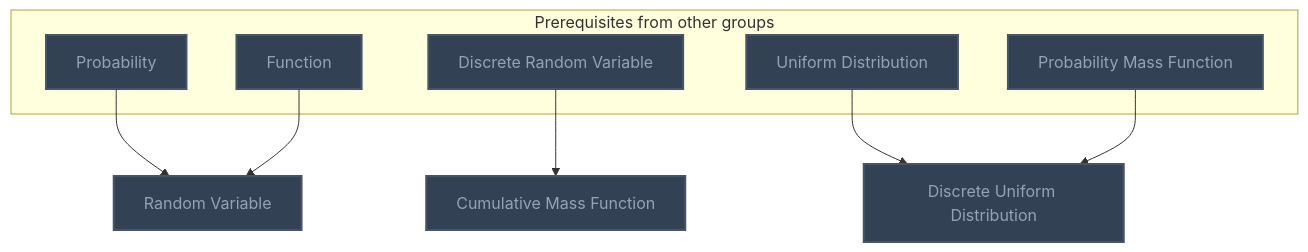
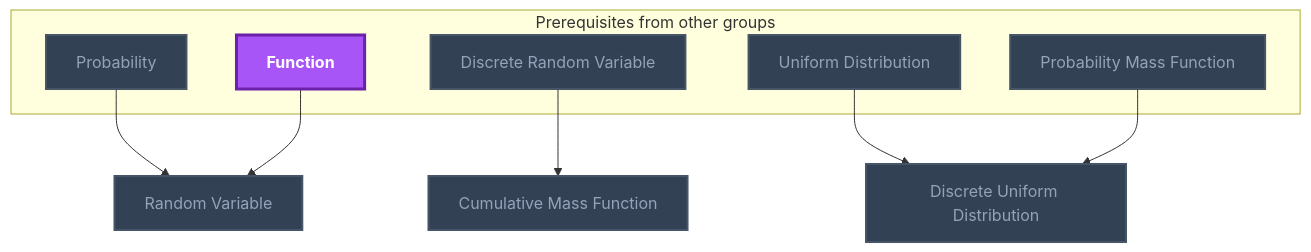
The second of 4 diagrams in Gamification/Skill Trees/Introduction to Statistics.md (MRauf1/My-Notes), drawn with Mermaid before and after one commit. The commit also changed other lines of this file and 156 other files, not shown here.

````diff
--- a/Gamification/Skill Trees/Introduction to Statistics.md
+++ b/Gamification/Skill Trees/Introduction to Statistics.md
@@ -78,29 +80,30 @@
 ```mermaid
 flowchart TD
     classDef planned fill:#1E293B,stroke:#64748B,stroke-width:2px,stroke-dasharray:5 5,color:#94A3B8;
     classDef locked fill:#334155,stroke:#475569,stroke-width:2px,color:#94A3B8;
     classDef L0 fill:#F1F5F9,stroke:#94A3B8,stroke-width:2px,color:#000000;
     classDef L1 fill:#22C55E,stroke:#15803D,stroke-width:2px,color:#000000;
     classDef L2 fill:#3B82F6,stroke:#1D4ED8,stroke-width:3px,color:#FFFFFF;
     classDef L3 fill:#A855F7,stroke:#6B21A8,stroke-width:3px,color:#FFFFFF,font-weight:bold;
     classDef L4 fill:#F97316,stroke:#C2410C,stroke-width:4px,color:#000000,font-weight:bold;
     classDef L5 fill:#FFD700,stroke:#FF8C00,stroke-width:5px,color:#000000,font-weight:bold;
     classDef rusty stroke:#8B4513,stroke-width:4px,stroke-dasharray:3 3;
     subgraph sg_prereqs["Prerequisites from other groups"]
         n_probability["Probability"]
         n_function["Function"]
         n_discrete_random_variable["Discrete Random Variable"]
         n_uniform_distribution["Uniform Distribution"]
         n_probability_mass_function["Probability Mass Function"]
     end
     n_random_variable["Random Variable"]
     n_cumulative_mass_function["Cumulative Mass Function"]
     n_discrete_uniform_distribution["Discrete Uniform Distribution"]
     n_probability --> n_random_variable
     n_function --> n_random_variable
     n_discrete_random_variable --> n_cumulative_mass_function
     n_uniform_distribution --> n_discrete_uniform_distribution
     n_probability_mass_function --> n_discrete_uniform_distribution
-    class n_probability,n_function,n_discrete_random_variable,n_uniform_distribution,n_probability_mass_function,n_random_variable,n_cumulative_mass_function,n_discrete_uniform_distribution locked;
+    class n_probability,n_discrete_random_variable,n_uniform_distribution,n_probability_mass_function,n_random_variable,n_cumulative_mass_function,n_discrete_uniform_distribution locked;
+    class n_function L3;
     class n_probability,n_function,n_discrete_random_variable,n_uniform_distribution,n_probability_mass_function,n_random_variable,n_cumulative_mass_function,n_discrete_uniform_distribution internal-link;
 ```
````
